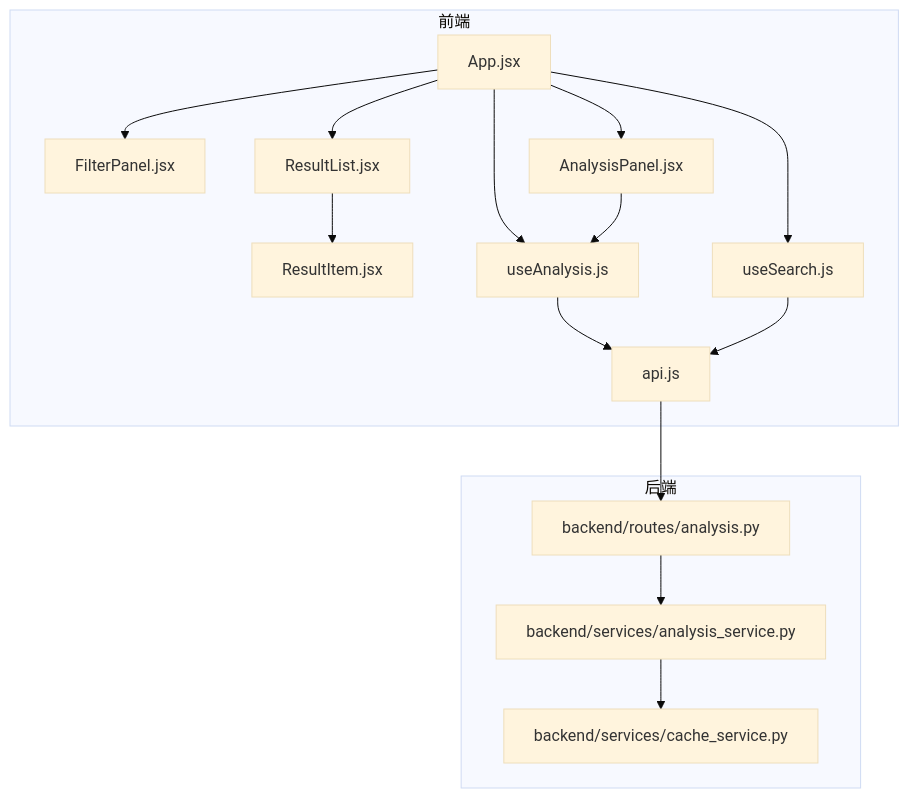
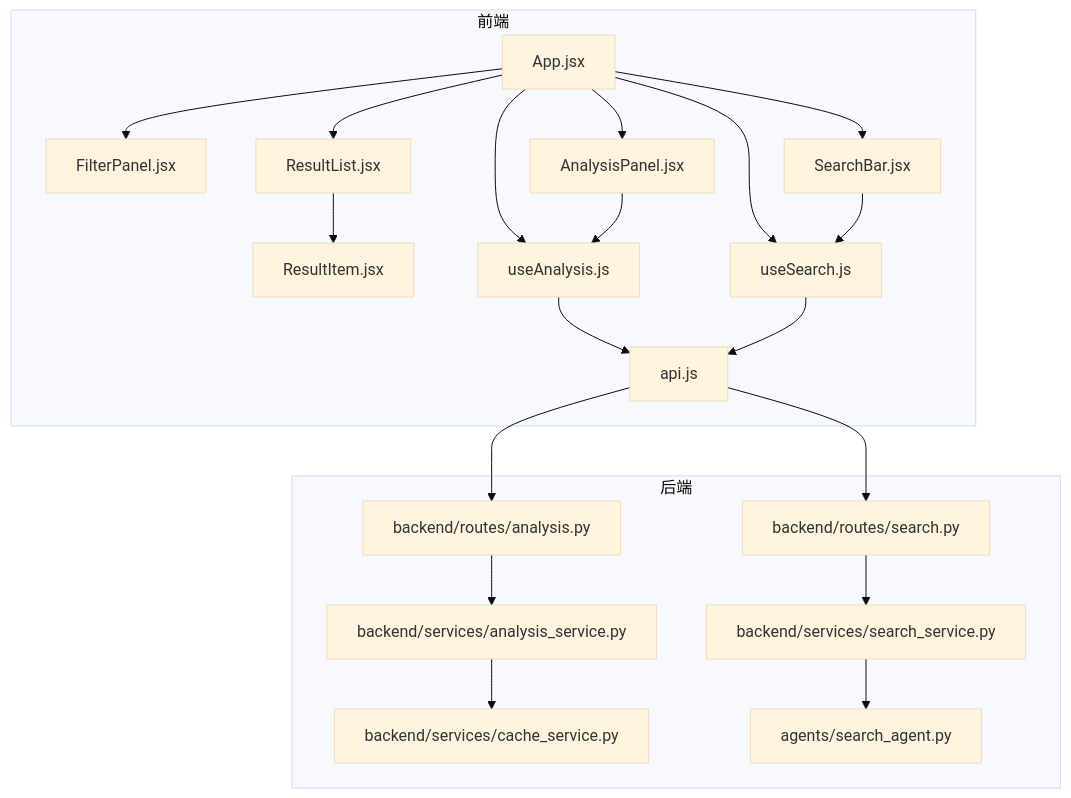
One commit to wangdy21/search_is_all_you_need changed the first of 8 diagrams in .qoder/repowiki/zh/content/前端开发指南/组件架构设计/筛选与分析组件.md. Above: the diagram before and after it, drawn with Mermaid (base theme). The commit also changed other lines of this file and 11 other files, not shown here.

````diff
--- a/.qoder/repowiki/zh/content/前端开发指南/组件架构设计/筛选与分析组件.md
+++ b/.qoder/repowiki/zh/content/前端开发指南/组件架构设计/筛选与分析组件.md
@@ -39,30 +51,39 @@
 ```mermaid
 graph TB
 subgraph "前端"
 App["App.jsx"]
 FilterPanel["FilterPanel.jsx"]
 AnalysisPanel["AnalysisPanel.jsx"]
+SearchBar["SearchBar.jsx"]
 ResultList["ResultList.jsx"]
 ResultItem["ResultItem.jsx"]
 useSearch["useSearch.js"]
 useAnalysis["useAnalysis.js"]
 api["api.js"]
 end
 subgraph "后端"
 route_analysis["backend/routes/analysis.py"]
 svc_analysis["backend/services/analysis_service.py"]
 svc_cache["backend/services/cache_service.py"]
+route_search["backend/routes/search.py"]
+svc_search["backend/services/search_service.py"]
+agent_search["agents/search_agent.py"]
 end
 App --> FilterPanel
 App --> AnalysisPanel
+App --> SearchBar
 App --> ResultList
 ResultList --> ResultItem
 App --> useSearch
 App --> useAnalysis
 useAnalysis --> api
 useSearch --> api
 AnalysisPanel --> useAnalysis
+SearchBar --> useSearch
 api --> route_analysis
+api --> route_search
 route_analysis --> svc_analysis
+route_search --> svc_search
+svc_search --> agent_search
 svc_analysis --> svc_cache
 ```
````
